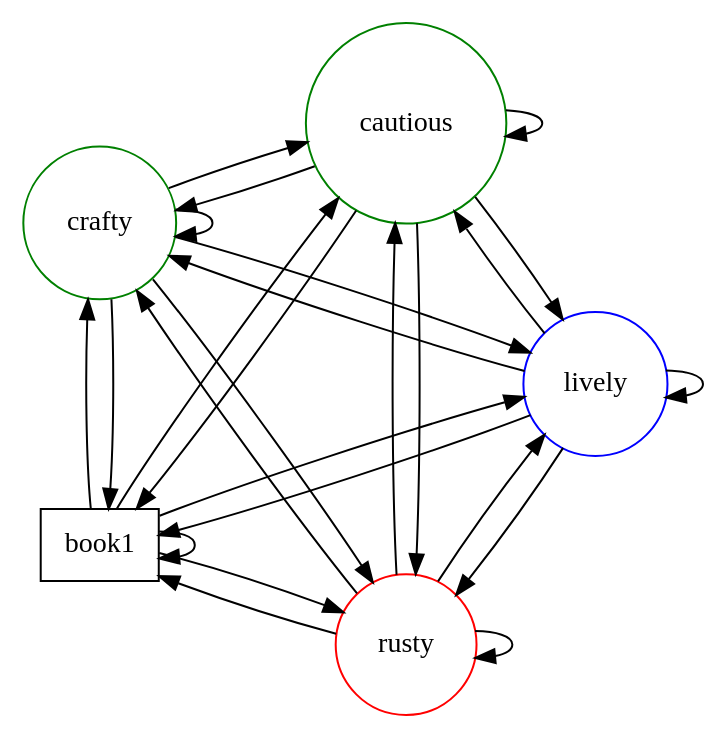
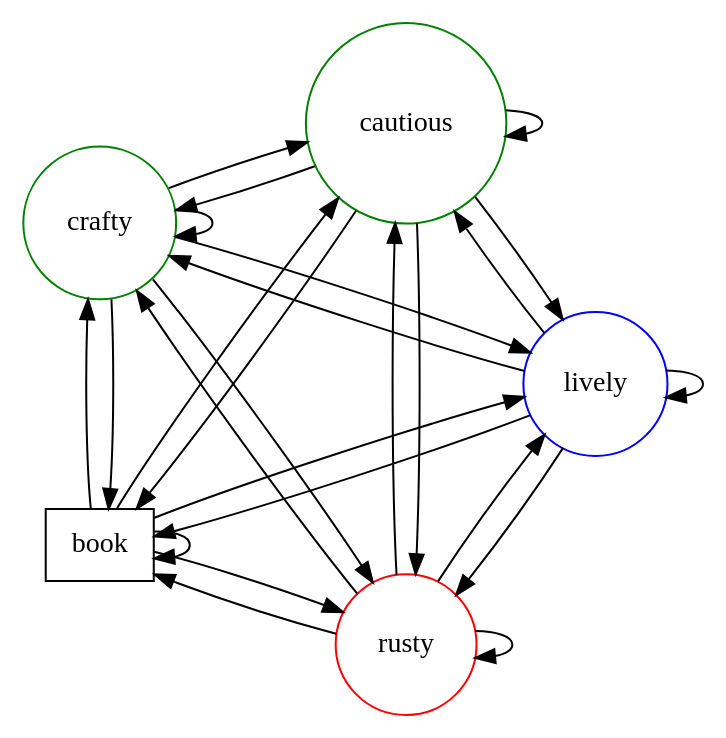
The diagram in src/logos/panchalogo.gv (mskmoorthy/PancaTantra-Graph), drawn with Graphviz before and after one commit.

Commit message:
book1 -> book

```diff
--- a/src/logos/panchalogo.gv
+++ b/src/logos/panchalogo.gv
@@ -1,11 +1,11 @@
 // see https://stackoverflow.com/questions/46317240/how-to-layout-complete-graphs-circularly-using-dot-and-graphviz
 
 strict digraph P  {
         layout=circo
         rusty [shape=circle, color=red]
         lively [color=blue, shape=circle]
         crafty [shape=circle, color=green]
         cautious [color=green, shape=circle]
-        book1 [shape=box]
-        {book1, rusty, lively, cautious, crafty}->{book1, rusty, lively, cautious, crafty}
+        book [shape=box]
+        {book, rusty, lively, cautious, crafty}->{book, rusty, lively, cautious, crafty}
 }
```
